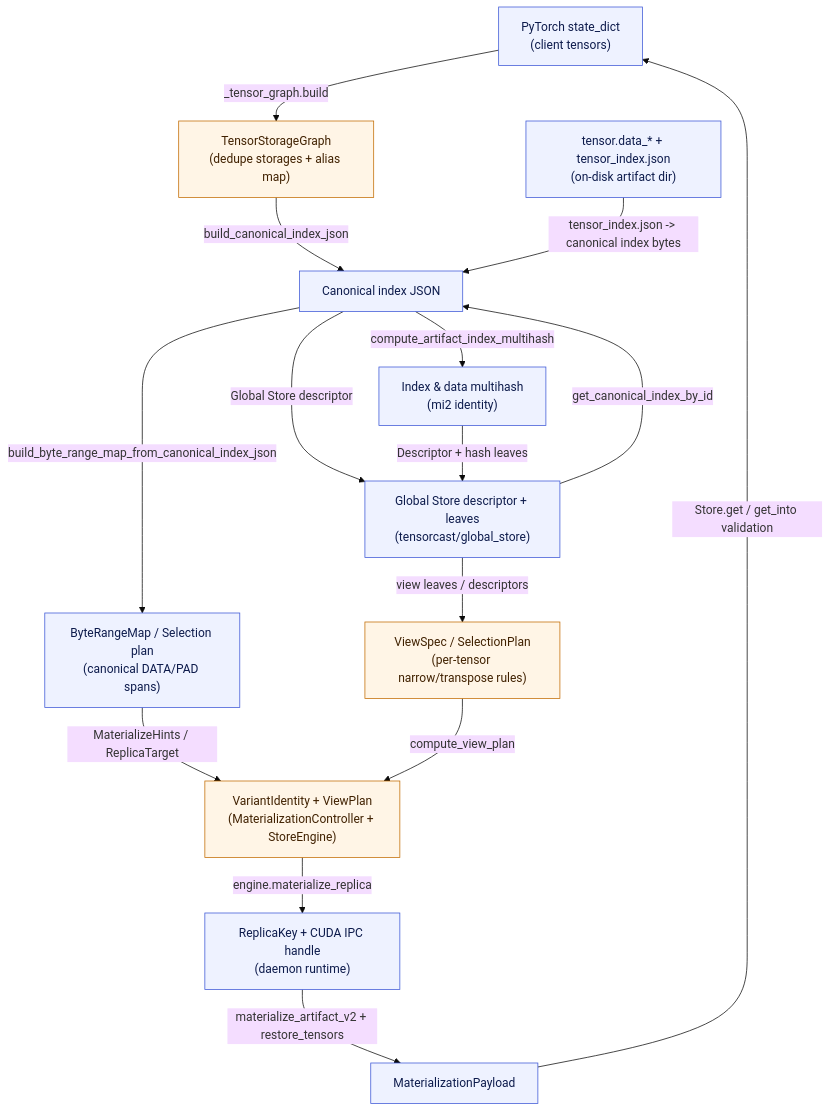
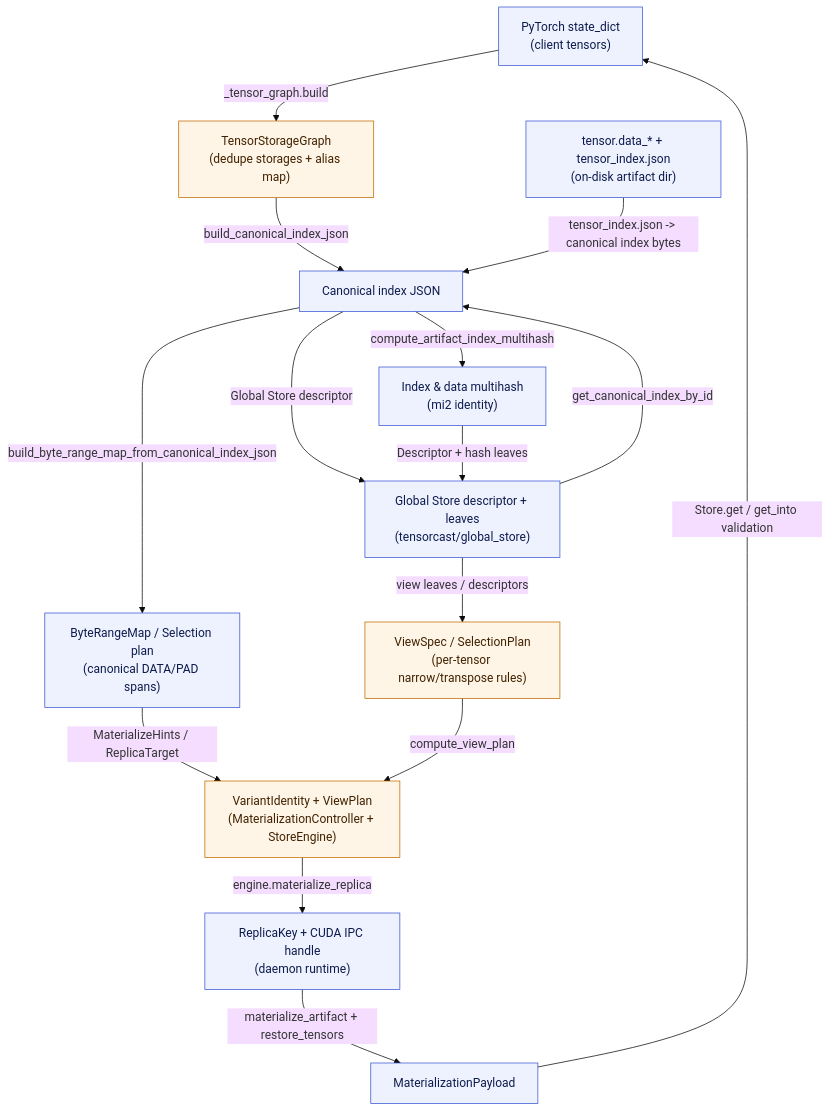
The second of 3 diagrams in docs/internals/tensor-first-artifact-architecture.md (tensorcast-ai/tensorcast), drawn with Mermaid (base theme) before and after one commit. The commit also changed other lines of this file and 162 other files, not shown here.

````diff
--- a/docs/internals/tensor-first-artifact-architecture.md
+++ b/docs/internals/tensor-first-artifact-architecture.md
@@ -144,32 +144,32 @@
 ```mermaid
 flowchart TB
     classDef data fill:#EEF2FF,stroke:#3C57D6,stroke-width:1px,color:#0D1B4C;
     classDef process fill:#FFF5E6,stroke:#C26B00,stroke-width:1px,color:#402100;
 
     SD["PyTorch state_dict<br>(client tensors)"]:::data
     TSG["TensorStorageGraph<br/>(dedupe storages + alias map)"]:::process
     CI["Canonical index JSON"]:::data
     IDXH["Index & data multihash<br>(mi2 identity)"]:::data
     BRM["ByteRangeMap / Selection plan<br/>(canonical DATA/PAD spans)"]:::data
     VH["VariantIdentity + ViewPlan<br>(MaterializationController + StoreEngine)"]:::process
     RK["ReplicaKey + CUDA IPC handle<br>(daemon runtime)"]:::data
     MP["MaterializationPayload"]:::data
     GSDesc["Global Store descriptor + leaves<br>(tensorcast/global_store)"]:::data
     DISK["tensor.data_* + tensor_index.json<br>(on-disk artifact dir)"]:::data
     VIEW["ViewSpec / SelectionPlan<br/>(per-tensor narrow/transpose rules)"]:::process
 
     SD -->|"_tensor_graph.build"| TSG
     TSG -->|"build_canonical_index_json"| CI
     CI -->|"compute_artifact_index_multihash"| IDXH
     CI -->|"build_byte_range_map_from_canonical_index_json"| BRM
     CI -->|"Global Store descriptor"| GSDesc
     IDXH -->|"Descriptor + hash leaves"| GSDesc
     GSDesc -->|"get_canonical_index_by_id"| CI
     GSDesc -->|"view leaves / descriptors"| VIEW
     BRM -->|"MaterializeHints / ReplicaTarget"| VH
     VIEW -->|"compute_view_plan"| VH
     VH -->|"engine.materialize_replica"| RK
     DISK -->|"tensor_index.json -> canonical index bytes"| CI
-    RK -->|"materialize_artifact_v2 + restore_tensors"| MP
+    RK -->|"materialize_artifact + restore_tensors"| MP
     MP -->|"Store.get / get_into validation"| SD
 ```
````
